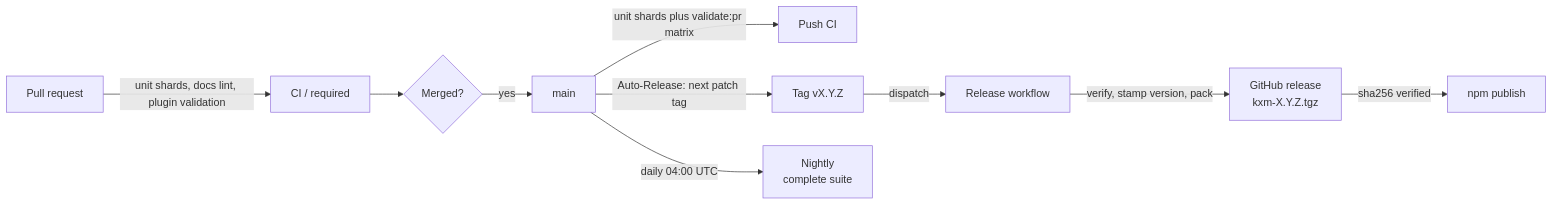
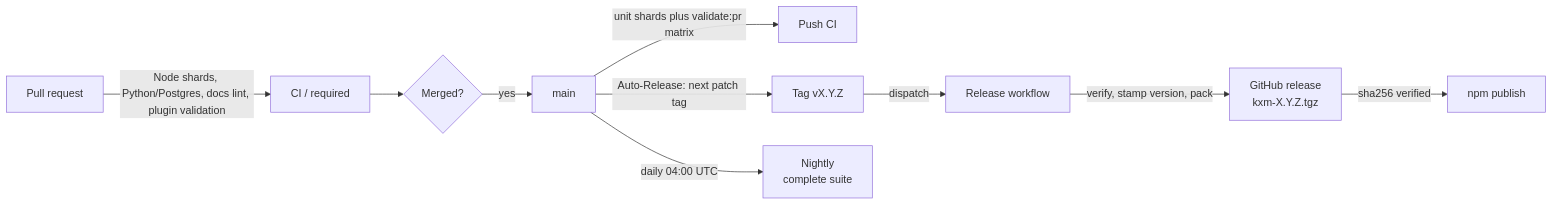
One commit to kontextmind/kxm changed the diagram in docs/contributing/ci-and-release.md. Above: the diagram before and after it, drawn with Mermaid. The commit also changed other lines of this file and 42 other files, not shown here.

````diff
--- a/docs/contributing/ci-and-release.md
+++ b/docs/contributing/ci-and-release.md
@@ -16,12 +17,12 @@
 ```mermaid
 flowchart LR
-  PR[Pull request] -->|"unit shards, docs lint, plugin validation"| REQ["CI / required"]
+  PR[Pull request] -->|"Node shards, Python/Postgres, docs lint, plugin validation"| REQ["CI / required"]
   REQ --> MERGE{Merged?}
   MERGE -->|yes| MAIN[main]
   MAIN -->|"unit shards plus validate:pr matrix"| PUSH[Push CI]
   MAIN -->|"Auto-Release: next patch tag"| TAG[Tag vX.Y.Z]
   TAG -->|dispatch| REL[Release workflow]
   REL -->|"verify, stamp version, pack"| GH[GitHub release<br/>kxm-X.Y.Z.tgz]
   GH -->|"sha256 verified"| NPM[npm publish]
   MAIN -->|"daily 04:00 UTC"| NIGHT[Nightly<br/>complete suite]
 ```
````
